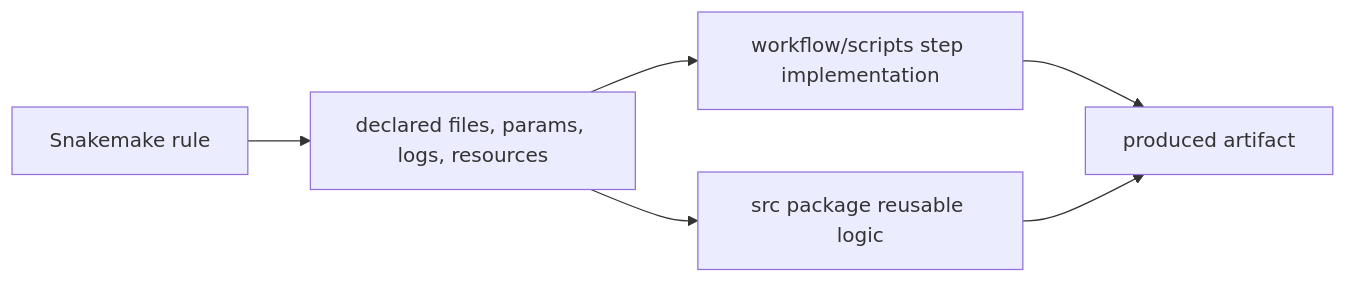
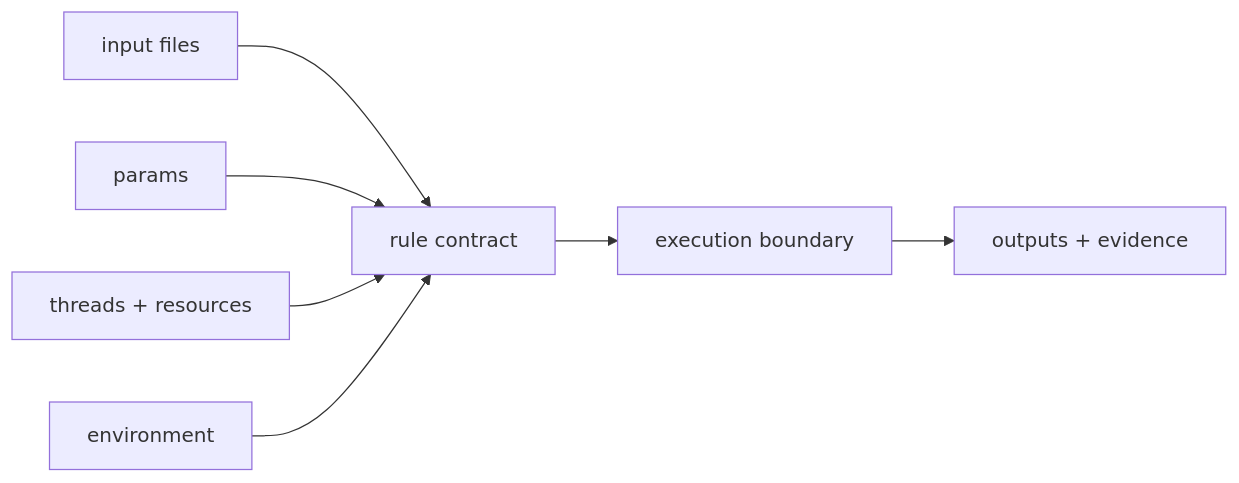
One commit to bijux/bijux-masterclass changed the first of 2 diagrams in programs/reproducible-research/deep-dive-snakemake/course-book/module-05-software-boundaries-reproducible-rules/rule-logic-scripts-and-software-ownership.md. Above: the diagram before and after it, drawn with Mermaid. The commit also changed other lines of this file, not shown here.

Commit message:
docs(snakemake): teach rule and implementation ownership

````diff
--- a/programs/reproducible-research/deep-dive-snakemake/course-book/module-05-software-boundaries-reproducible-rules/rule-logic-scripts-and-software-ownership.md
+++ b/programs/reproducible-research/deep-dive-snakemake/course-book/module-05-software-boundaries-reproducible-rules/rule-logic-scripts-and-software-ownership.md
@@ -91,8 +28,9 @@
 ```mermaid
 flowchart LR
-  rule["Snakemake rule"] --> contract["declared files, params, logs, resources"]
-  contract --> script["workflow/scripts step implementation"]
-  contract --> package["src package reusable logic"]
-  script --> output["produced artifact"]
-  package --> output
+  files["input files"] --> rule["rule contract"]
+  policy["params"] --> rule
+  capacity["threads + resources"] --> rule
+  runtime["environment"] --> rule
+  rule --> adapter["execution boundary"]
+  adapter --> outputs["outputs + evidence"]
 ```
````
